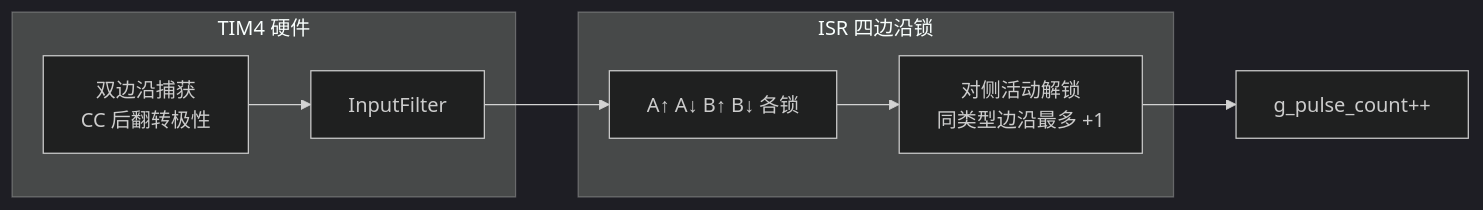
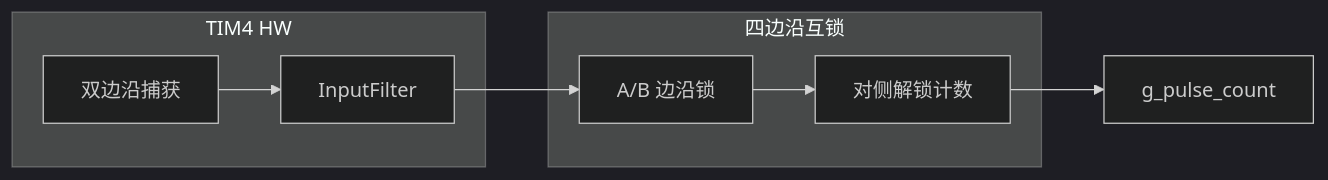
One commit to mdbsliguo/stm32_template_SPL changed the fourth of 6 diagrams in Examples/NPN/NPN05_Preset_Pump_HwAlgo/README.md. Above: the diagram before and after it, drawn with Mermaid (dark theme). The commit also changed other lines of this file and 19 other files, not shown here.

````diff
--- a/Examples/NPN/NPN05_Preset_Pump_HwAlgo/README.md
+++ b/Examples/NPN/NPN05_Preset_Pump_HwAlgo/README.md
@@ -414,13 +437,13 @@
 ```mermaid
 flowchart LR
-    subgraph HW[TIM4 硬件]
-        CC[双边沿捕获<br/>CC 后翻转极性]
-        FLT[InputFilter]
+    subgraph HW["TIM4 HW"]
+        CC["双边沿捕获"]
+        FLT["InputFilter"]
     end
-    subgraph ISR[ISR 四边沿锁]
-        L[A↑ A↓ B↑ B↓ 各锁]
-        R[对侧活动解锁<br/>同类型边沿最多 +1]
+    subgraph ISR["四边沿互锁"]
+        L["A/B 边沿锁"]
+        R["对侧解锁计数"]
     end
     CC --> FLT --> L --> R
-    R --> CNT[g_pulse_count++]
+    R --> CNT["g_pulse_count"]
 ```
````
